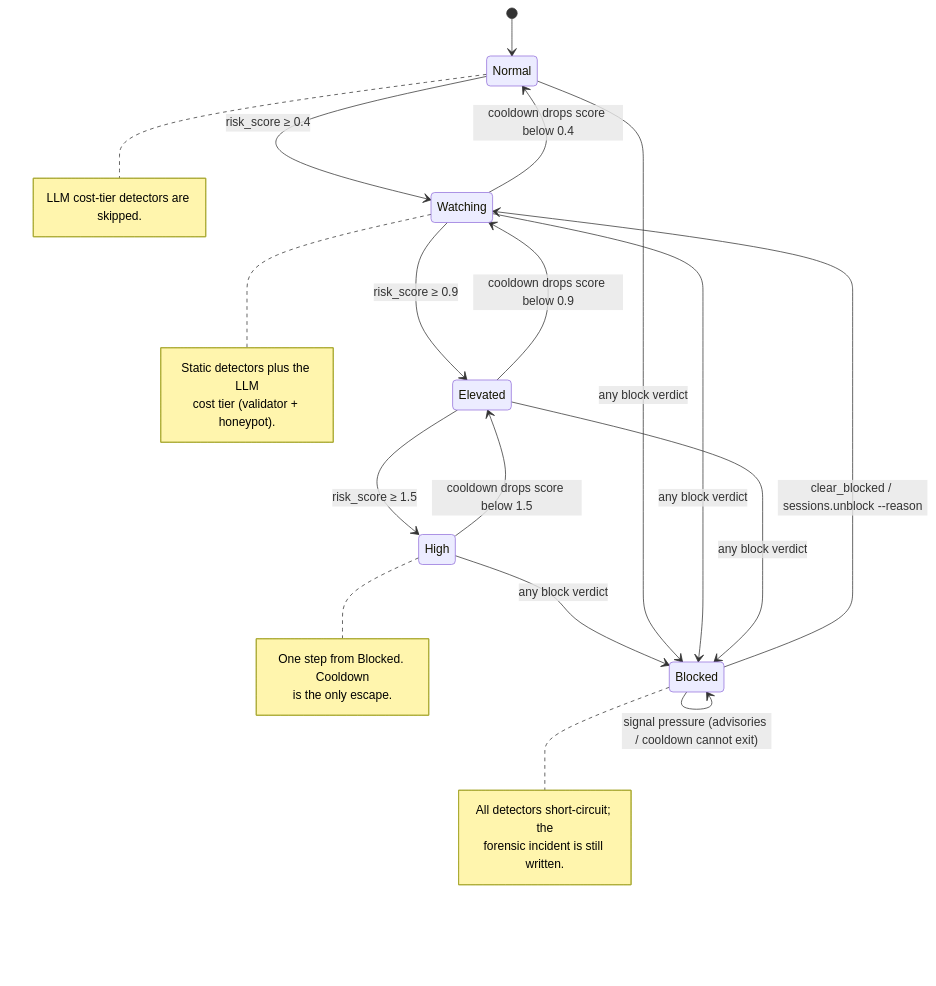
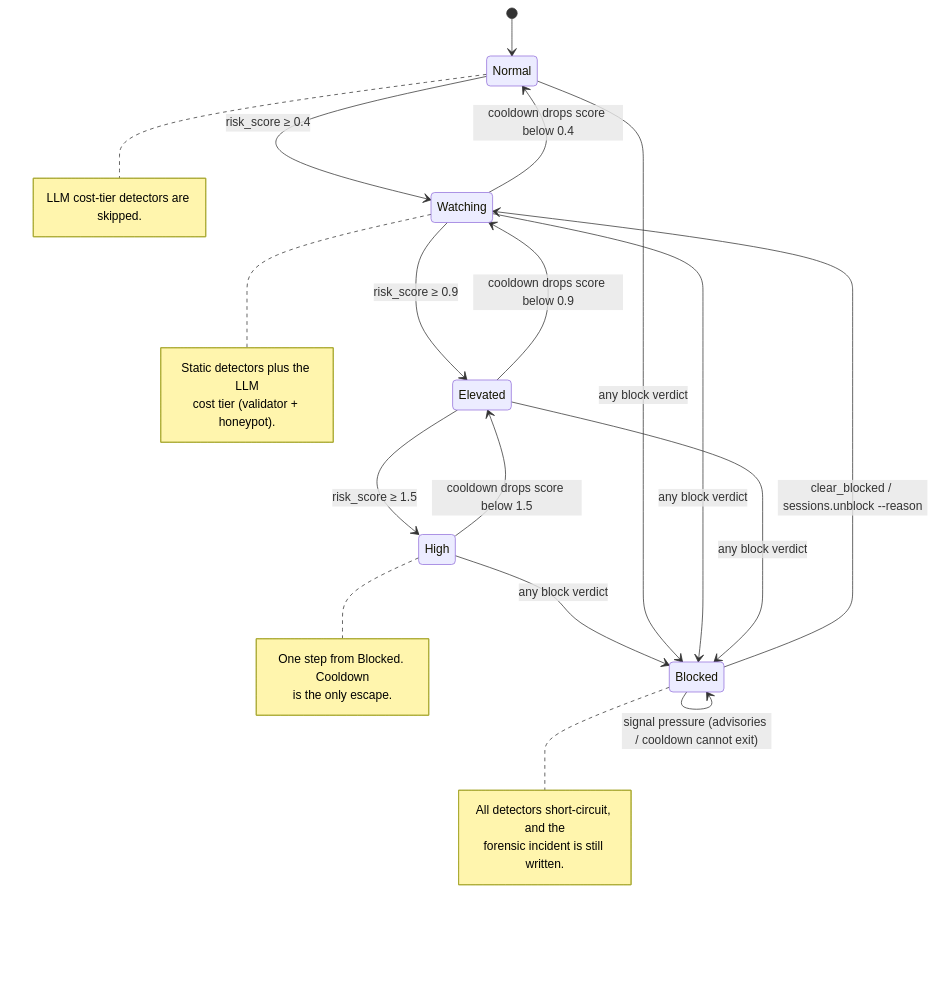
Before and after one commit to tkdtaylor/armor: the fifth of 9 diagrams in docs/architecture/diagrams.md, drawn with Mermaid. The commit also changed other lines of this file and 2 other files, not shown here.

````diff
--- a/docs/architecture/diagrams.md
+++ b/docs/architecture/diagrams.md
@@ -221,35 +221,35 @@
 ```mermaid
 stateDiagram-v2
     [*] --> Normal
     Normal --> Watching: risk_score ≥ 0.4
     Watching --> Elevated: risk_score ≥ 0.9
     Elevated --> High: risk_score ≥ 1.5
     High --> Blocked: any block verdict
     Normal --> Blocked: any block verdict
     Watching --> Blocked: any block verdict
     Elevated --> Blocked: any block verdict
     Watching --> Normal: cooldown drops score below 0.4
     Elevated --> Watching: cooldown drops score below 0.9
     High --> Elevated: cooldown drops score below 1.5
     Blocked --> Watching: clear_blocked / sessions.unblock --reason
     Blocked --> Blocked: signal pressure (advisories / cooldown cannot exit)
 
     note right of Normal
         LLM cost-tier detectors are skipped.
     end note
 
     note right of Watching
         Static detectors plus the LLM
         cost tier (validator + honeypot).
     end note
 
     note right of High
         One step from Blocked. Cooldown
         is the only escape.
     end note
 
     note right of Blocked
-        All detectors short-circuit; the
+        All detectors short-circuit, and the
         forensic incident is still written.
     end note
 ```
````
